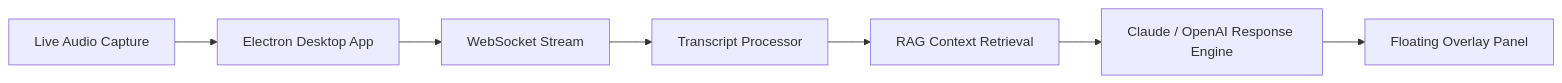
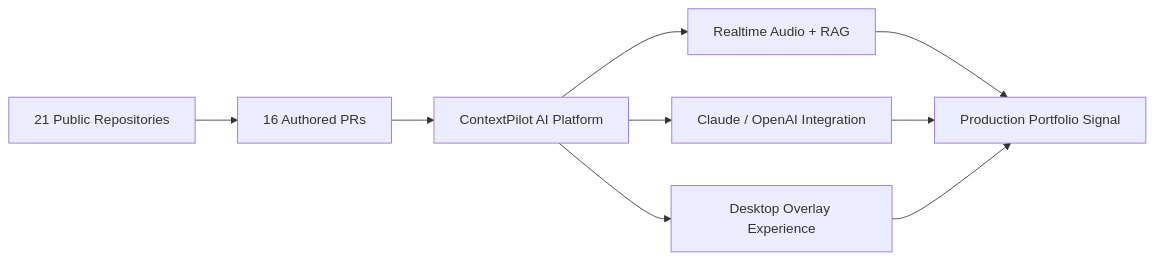
One commit to omey-bhosale/omey-bhosale changed the first of 3 diagrams in README.md. Above: the diagram before and after it, drawn with Mermaid. The commit also changed other lines of this file, not shown here.

Commit message:
updated portfolio

````diff
--- a/README.md
+++ b/README.md
@@ -201,9 +125,11 @@
 ```mermaid
 flowchart LR
-    A[Live Audio Capture] --> B[Electron Desktop App]
-    B --> C[WebSocket Stream]
-    C --> D[Transcript Processor]
-    D --> E[RAG Context Retrieval]
-    E --> F[Claude / OpenAI Response Engine]
-    F --> G[Floating Overlay Panel]
+    A["21 Public Repositories"] --> B["16 Authored PRs"]
+    B --> C["ContextPilot AI Platform"]
+    C --> D["Realtime Audio + RAG"]
+    C --> E["Claude / OpenAI Integration"]
+    C --> F["Desktop Overlay Experience"]
+    D --> G["Production Portfolio Signal"]
+    E --> G
+    F --> G
 ```
````
